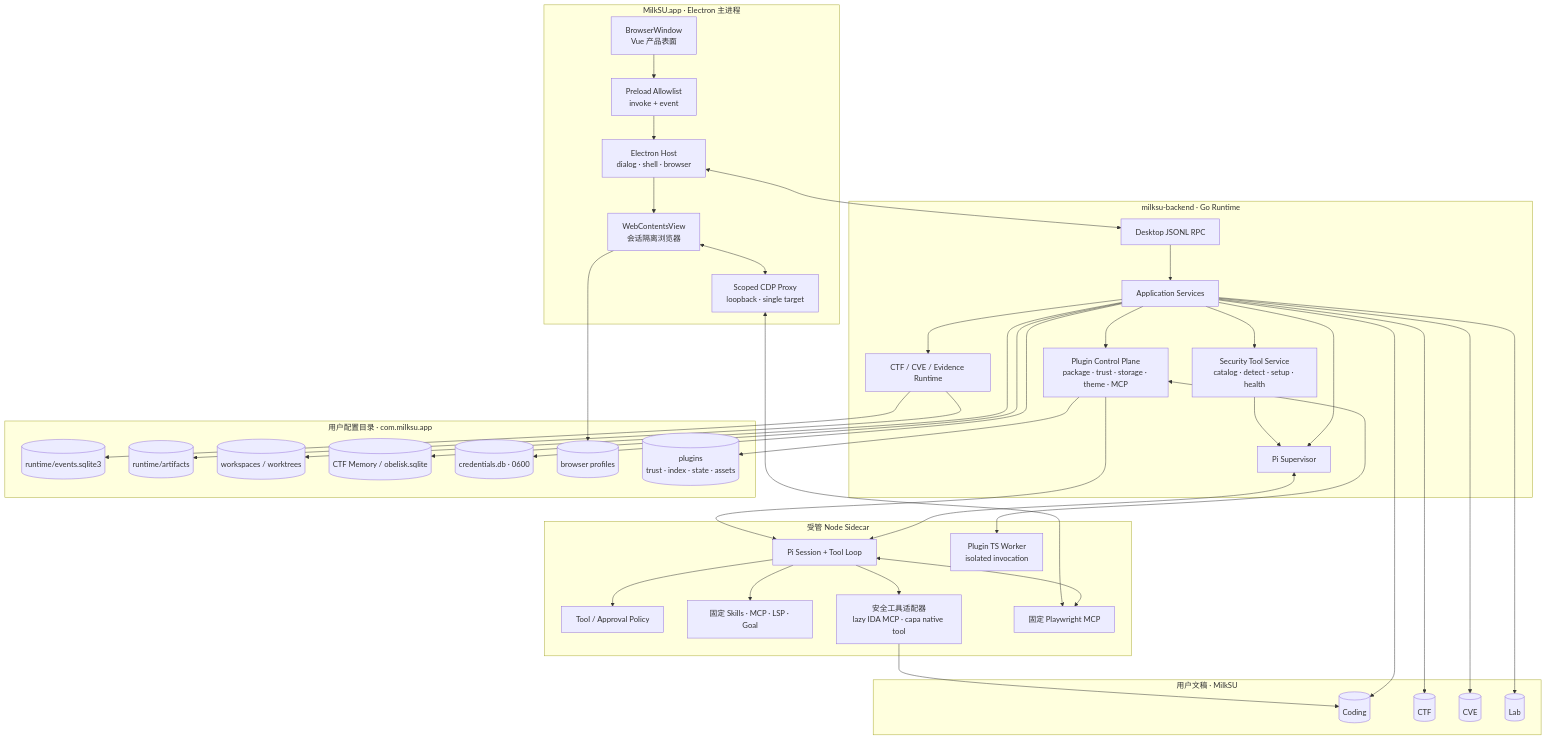
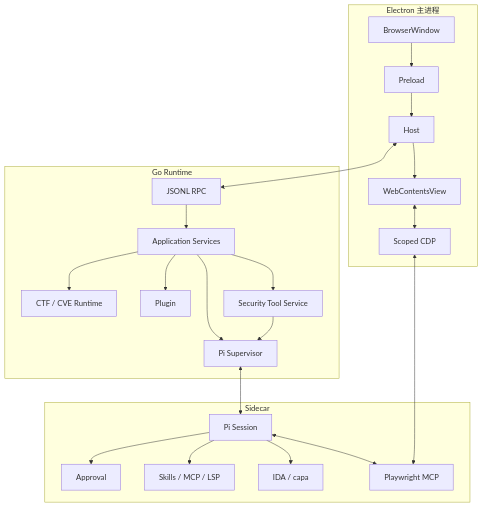
One commit to MetatronPrototype/milksu changed the second of 2 diagrams in docs/architecture/current-system.md. Above: the diagram before and after it, drawn with Mermaid. The commit also changed other lines of this file and 8 other files, not shown here.

````diff
--- a/docs/architecture/current-system.md
+++ b/docs/architecture/current-system.md
@@ -92,71 +76,40 @@
 ```mermaid
 flowchart TB
-    subgraph electron["MilkSU.app · Electron 主进程"]
-        window["BrowserWindow<br/>Vue 产品表面"]
-        preload["Preload Allowlist<br/>invoke + event"]
-        host["Electron Host<br/>dialog · shell · browser"]
-        browser["WebContentsView<br/>会话隔离浏览器"]
-        proxy["Scoped CDP Proxy<br/>loopback · single target"]
+    subgraph electron["Electron 主进程"]
+        window["BrowserWindow"]
+        preload["Preload"]
+        host["Host"]
+        browser["WebContentsView"]
+        proxy["Scoped CDP"]
     end
 
-    subgraph go_process["milksu-backend · Go Runtime"]
-        rpc["Desktop JSONL RPC"]
+    subgraph go_process["Go Runtime"]
+        rpc["JSONL RPC"]
         app["Application Services"]
-        runtime["CTF / CVE / Evidence Runtime"]
-        plugins["Plugin Control Plane<br/>package · trust · storage · theme · MCP"]
+        runtime["CTF / CVE Runtime"]
+        plugins["Plugin"]
         supervisors["Pi Supervisor"]
-        tool_catalog["Security Tool Service<br/>catalog · detect · setup · health"]
+        tool_catalog["Security Tool Service"]
     end
 
-    subgraph sidecar["受管 Node Sidecar"]
-        pi["Pi Session + Tool Loop"]
-        policy["Tool / Approval Policy"]
-        resources["固定 Skills · MCP · LSP · Goal"]
-        security_adapters["安全工具适配器<br/>lazy IDA MCP · capa native tool"]
-        plugin_worker["Plugin TS Worker<br/>isolated invocation"]
-        playwright["固定 Playwright MCP"]
-    end
-
-    subgraph data["用户配置目录 · com.milksu.app"]
-        events[("runtime/events.sqlite3")]
-        artifacts[("runtime/artifacts")]
-        workspaces[("workspaces / worktrees")]
-        memories[("CTF Memory / obelisk.sqlite")]
-        credentials[("credentials.db · 0600")]
-        profiles[("browser profiles")]
-        plugin_data[("plugins<br/>trust · index · state · assets")]
-    end
-
-    subgraph documents["用户文稿 · MilkSU"]
-        coding_files[("Coding")]
-        ctf_files[("CTF")]
-        cve_files[("CVE")]
-        lab_files[("Lab")]
+    subgraph sidecar["Sidecar"]
+        pi["Pi Session"]
+        policy["Approval"]
+        resources["Skills / MCP / LSP"]
+        adapters["IDA / capa"]
+        playwright["Playwright MCP"]
     end
 
     window --> preload --> host
     host <--> rpc --> app
     app --> runtime
     app --> plugins
     app --> supervisors <--> pi
     app --> tool_catalog --> supervisors
     pi --> policy
     pi --> resources
-    pi --> security_adapters
-    plugins <--> plugin_worker
-    plugins --> pi
+    pi --> adapters
     pi <--> playwright
-    host --> browser --> profiles
+    host --> browser
     browser <--> proxy <--> playwright
-    runtime --> events
-    runtime --> artifacts
-    app --> workspaces
-    app --> memories
-    app --> credentials
-    plugins --> plugin_data
-    app --> coding_files
-    app --> ctf_files
-    app --> cve_files
-    app --> lab_files
-    security_adapters --> coding_files
 ```
````
